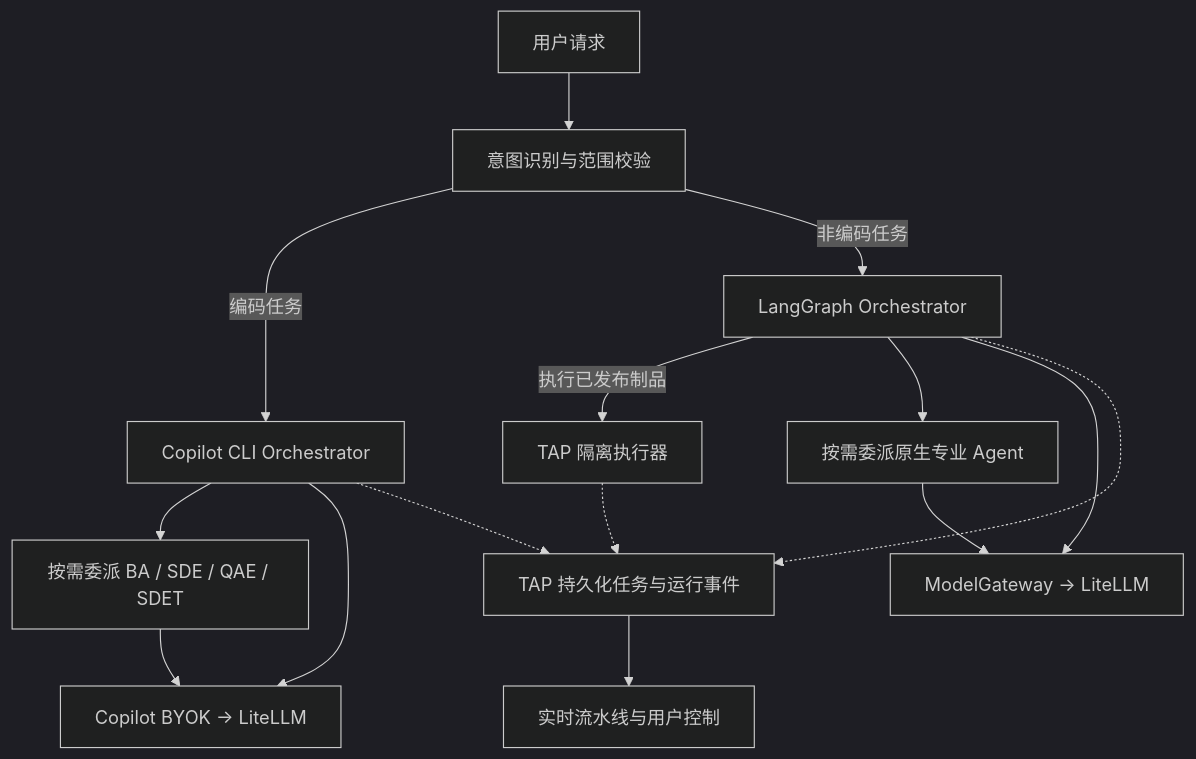
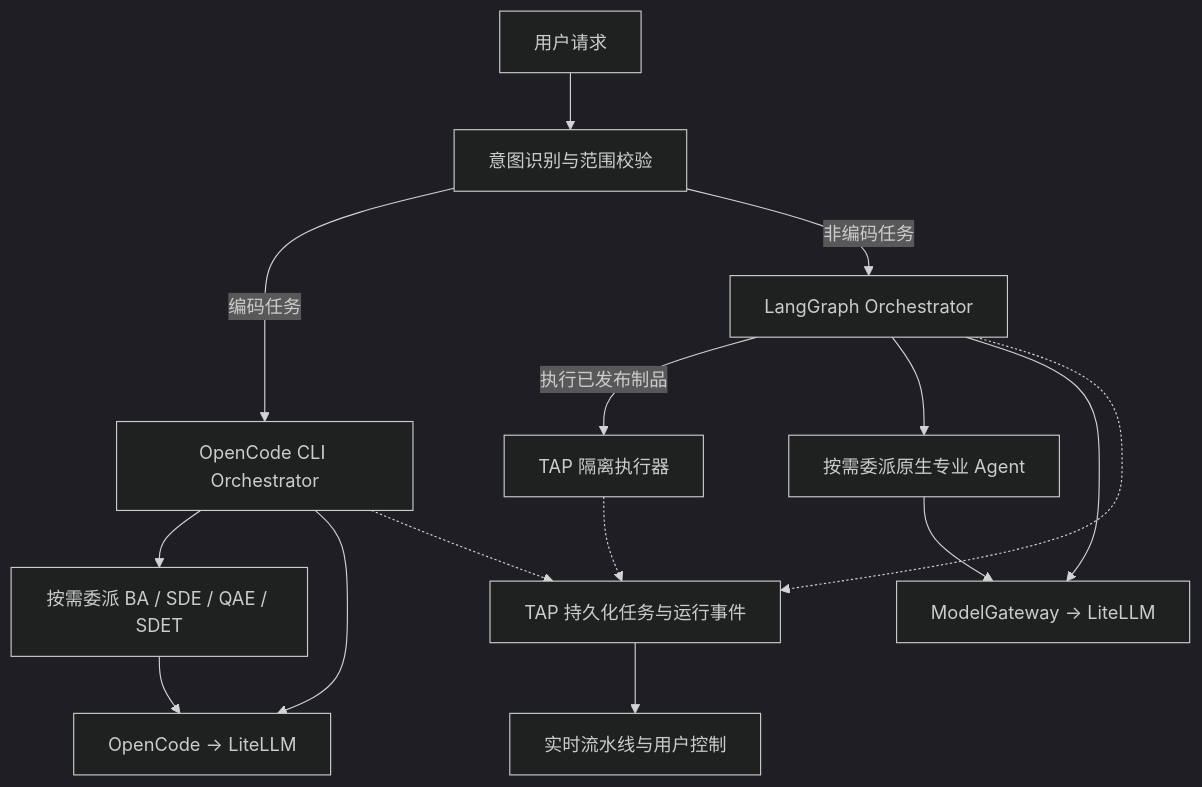
One commit to patrickstarpty/tap changed the first of 2 diagrams in docs/superpowers/specs/2026-11-06-agent-workflows-and-test-loop-design.md. Above: the diagram before and after it, drawn with Mermaid (dark theme). The commit also changed other lines of this file and 12 other files, not shown here.

````diff
--- a/docs/superpowers/specs/2026-11-06-agent-workflows-and-test-loop-design.md
+++ b/docs/superpowers/specs/2026-11-06-agent-workflows-and-test-loop-design.md
@@ -76,17 +80,17 @@
 ```mermaid
 flowchart TD
   Request[用户请求] --> Classify[意图识别与范围校验]
-  Classify -->|编码任务| Coding[Copilot CLI Orchestrator]
+  Classify -->|编码任务| Coding[OpenCode CLI Orchestrator]
   Classify -->|非编码任务| Native[LangGraph Orchestrator]
   Native -->|执行已发布制品| Execute[TAP 隔离执行器]
   Coding --> CodingAgents[按需委派 BA / SDE / QAE / SDET]
-  CodingAgents --> CodingModels[Copilot BYOK → LiteLLM]
+  CodingAgents --> CodingModels[OpenCode → LiteLLM]
   Coding --> CodingModels
   Native --> NativeAgents[按需委派原生专业 Agent]
   NativeAgents --> NativeModels[ModelGateway → LiteLLM]
   Native --> NativeModels
   Coding -.-> Task[TAP 持久化任务与运行事件]
   Native -.-> Task
   Execute -.-> Task
   Task --> View[实时流水线与用户控制]
 ```
````
